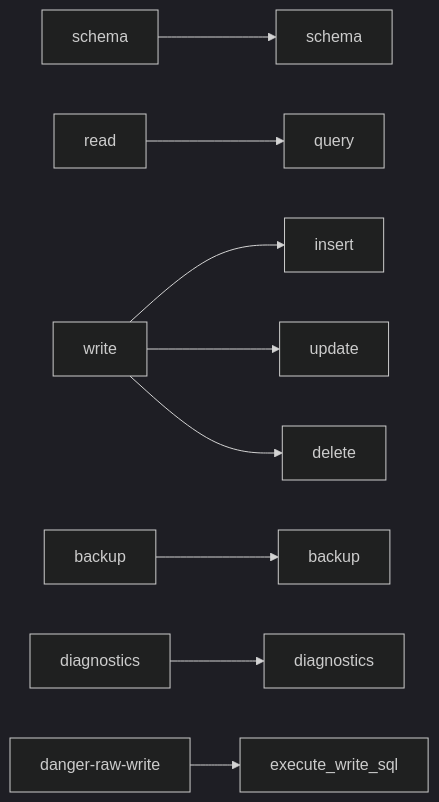
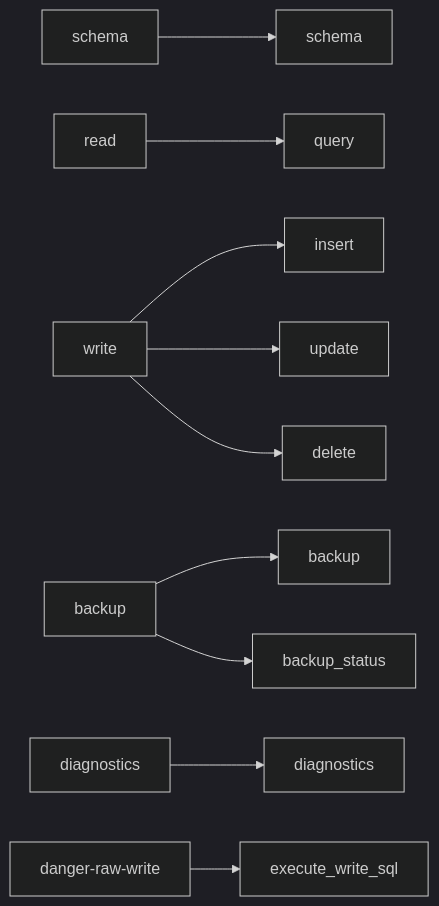
The diagram in .lode/plans/design/permission-model.md (xakpc/sqlite-mcp-sidecar), drawn with Mermaid (dark theme) before and after one commit. The commit also changed other lines of this file and 28 other files, not shown here.

````diff
--- a/.lode/plans/design/permission-model.md
+++ b/.lode/plans/design/permission-model.md
@@ -37,11 +56,12 @@
 ```mermaid
 flowchart LR
     schema[schema] --> t1[schema]
     read[read] --> t2[query]
     write[write] --> t3[insert]
     write --> t4[update]
     write --> t5[delete]
     backup[backup] --> t6[backup]
+    backup --> t9[backup_status]
     diagnostics[diagnostics] --> t7[diagnostics]
     danger[danger-raw-write] --> t8[execute_write_sql]
 ```
````
